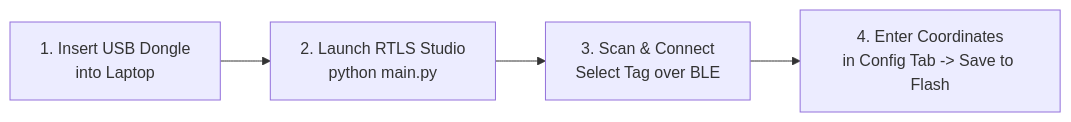
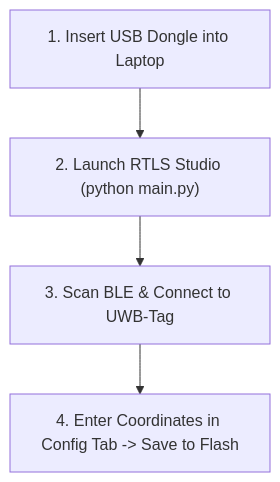
Before and after one commit to phuongmt08/uwb-rtls: the diagram in docs/deployment.md, drawn with Mermaid. The commit also changed 7 other files, not shown here.

Commit message:
docs: remove github pages deployment config and adjust mermaid diagram layouts

````diff
--- a/docs/deployment.md
+++ b/docs/deployment.md
@@ -98,4 +98,6 @@
 ```mermaid
-flowchart LR
-    A["1. Insert USB Dongle<br/>into Laptop"] --> B["2. Launch RTLS Studio<br/>python main.py"] --> C["3. Scan & Connect<br/>Select Tag over BLE"] --> D["4. Enter Coordinates<br/>in Config Tab -> Save to Flash"]
+flowchart TD
+    A["1. Insert USB Dongle into Laptop"] --> B["2. Launch RTLS Studio (python main.py)"]
+    B --> C["3. Scan BLE & Connect to UWB-Tag"]
+    C --> D["4. Enter Coordinates in Config Tab -> Save to Flash"]
 ```
````
